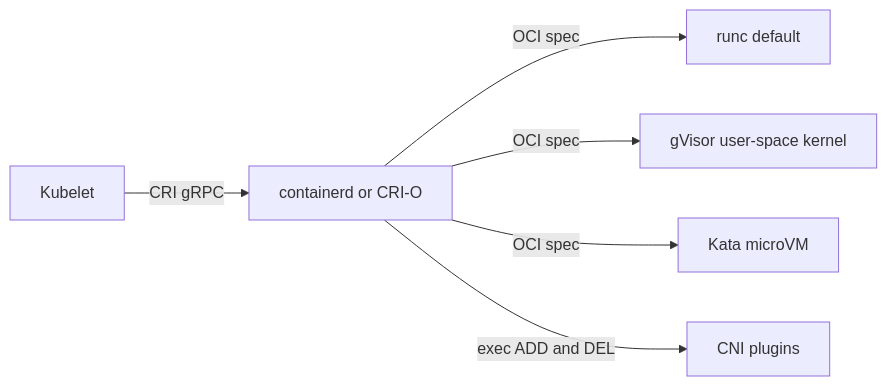
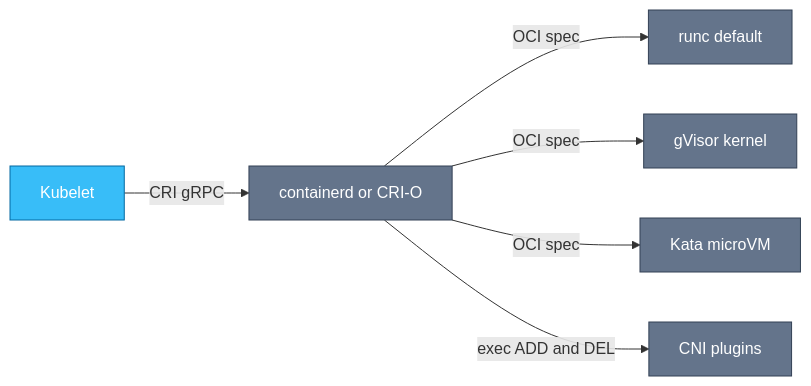
Before and after one commit to sanketsudake/k8s-worksheet: the first of 3 diagrams in chapters/ch09.md, drawn with Mermaid. The commit also changed other lines of this file and 2 other files, not shown here.

First line of the commit message:
ch04, ch08, ch09: shrink diagrams as far as text allows

````diff
--- a/chapters/ch09.md
+++ b/chapters/ch09.md
@@ -20,8 +20,12 @@
 ```mermaid
 flowchart LR
     Kubelet -->|CRI gRPC| RT[containerd or CRI-O]
     RT -->|OCI spec| RUNC[runc default]
-    RT -->|OCI spec| GV[gVisor user-space kernel]
+    RT -->|OCI spec| GV[gVisor kernel]
     RT -->|OCI spec| KATA[Kata microVM]
     RT -->|exec ADD and DEL| CNIP[CNI plugins]
+    classDef process fill:#38bdf8,stroke:#0369a1,color:#fff
+    classDef external fill:#64748b,stroke:#334155,color:#fff
+    class Kubelet process
+    class RT,RUNC,GV,KATA,CNIP external
 ```
````
